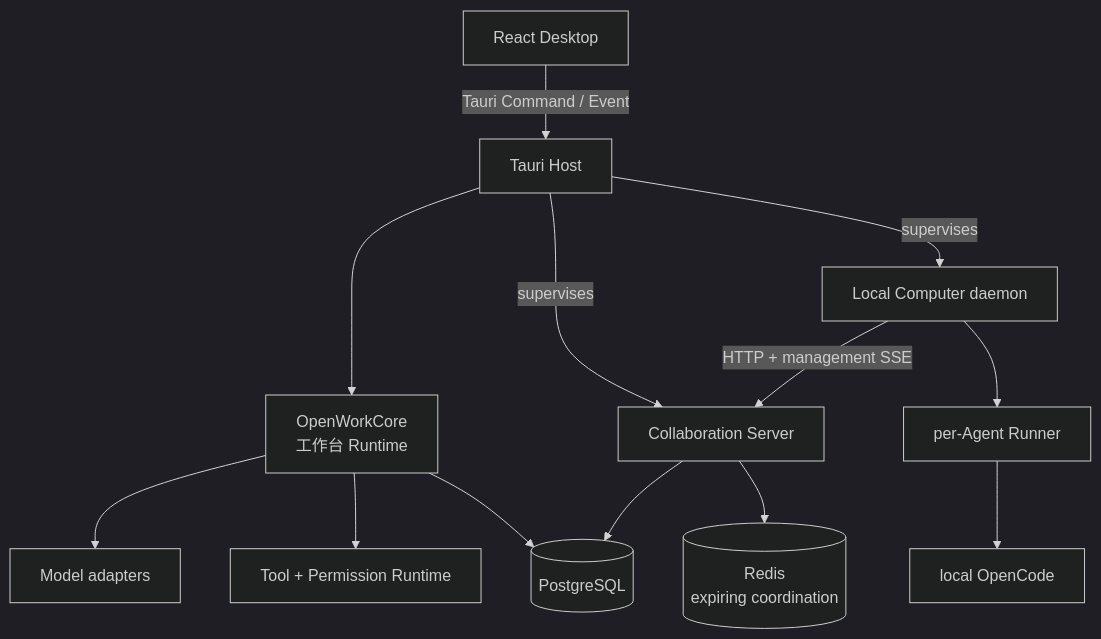
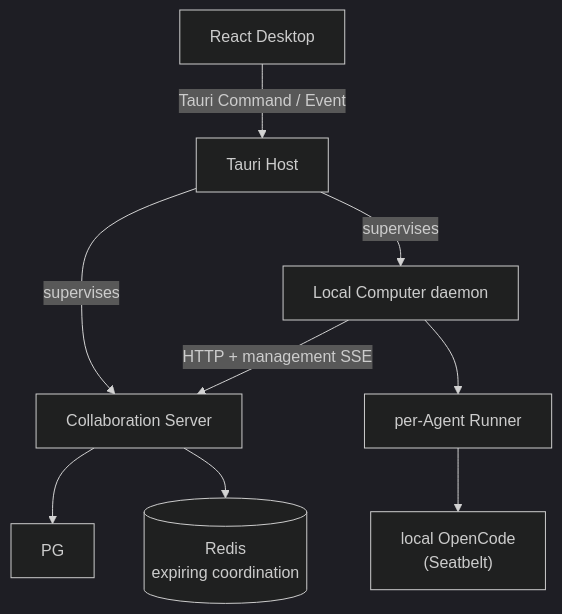
The diagram in README.md (Aaron-Ben/OpenWork), drawn with Mermaid (dark theme) before and after one commit. The commit also changed other lines of this file and 410 other files, not shown here.

````diff
--- a/README.md
+++ b/README.md
@@ -90,17 +77,12 @@
 ```mermaid
 flowchart TB
     UI["React Desktop"] -->|"Tauri Command / Event"| Host["Tauri Host"]
-
-    Host --> Core["OpenWorkCore<br/>工作台 Runtime"]
-    Core --> Models["Model adapters"]
-    Core --> Tools["Tool + Permission Runtime"]
-    Core --> PG[(PostgreSQL)]
 
     Host -->|"supervises"| Server["Collaboration Server"]
     Host -->|"supervises"| Computer["Local Computer daemon"]
     Computer -->|"HTTP + management SSE"| Server
     Computer --> Runners["per-Agent Runner"]
-    Runners --> OpenCode["local OpenCode"]
+    Runners --> OpenCode["local OpenCode<br/>(Seatbelt)"]
     Server --> PG
     Server --> Redis[(Redis<br/>expiring coordination)]
 ```
````
